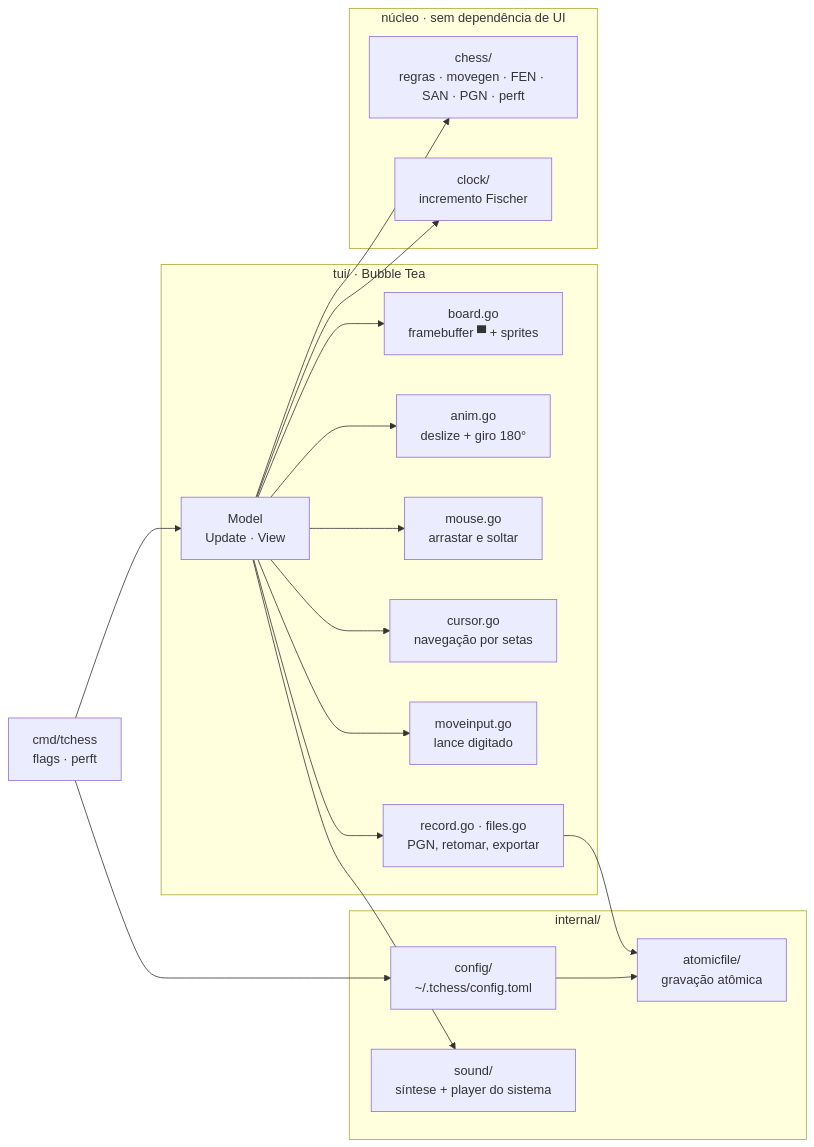
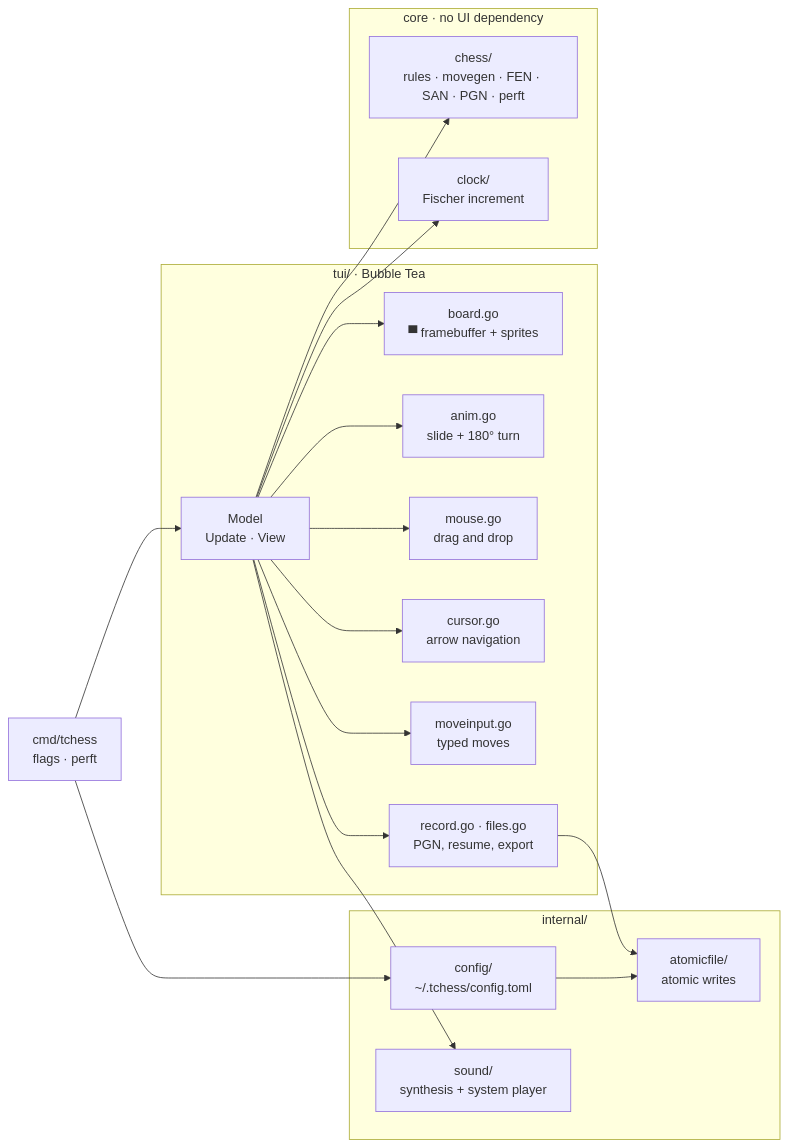
The diagram in README.md (almeidazs/tchess), drawn with Mermaid before and after one commit. The commit also changed other lines of this file, not shown here.

````diff
--- a/README.md
+++ b/README.md
@@ -148,31 +148,31 @@
 ```mermaid
 flowchart LR
     main["cmd/tchess<br/>flags · perft"] --> model
 
     subgraph tui["tui/ · Bubble Tea"]
-        model["Model<br/>Update · View"] --> board["board.go<br/>framebuffer ▀ + sprites"]
-        model --> anim["anim.go<br/>deslize + giro 180°"]
-        model --> mouse["mouse.go<br/>arrastar e soltar"]
-        model --> cursor["cursor.go<br/>navegação por setas"]
-        model --> input["moveinput.go<br/>lance digitado"]
-        model --> record["record.go · files.go<br/>PGN, retomar, exportar"]
+        model["Model<br/>Update · View"] --> board["board.go<br/>▀ framebuffer + sprites"]
+        model --> anim["anim.go<br/>slide + 180° turn"]
+        model --> mouse["mouse.go<br/>drag and drop"]
+        model --> cursor["cursor.go<br/>arrow navigation"]
+        model --> input["moveinput.go<br/>typed moves"]
+        model --> record["record.go · files.go<br/>PGN, resume, export"]
     end
 
     subgraph internal["internal/"]
         config["config/<br/>~/.tchess/config.toml"]
-        atomic["atomicfile/<br/>gravação atômica"]
-        sound["sound/<br/>síntese + player do sistema"]
+        atomic["atomicfile/<br/>atomic writes"]
+        sound["sound/<br/>synthesis + system player"]
     end
 
-    subgraph core["núcleo · sem dependência de UI"]
-        chess["chess/<br/>regras · movegen · FEN · SAN · PGN · perft"]
-        clock["clock/<br/>incremento Fischer"]
+    subgraph core["core · no UI dependency"]
+        chess["chess/<br/>rules · movegen · FEN · SAN · PGN · perft"]
+        clock["clock/<br/>Fischer increment"]
     end
 
     model --> chess
     model --> clock
     main --> config
     model --> sound
     record --> atomic
     config --> atomic
 ```
````
